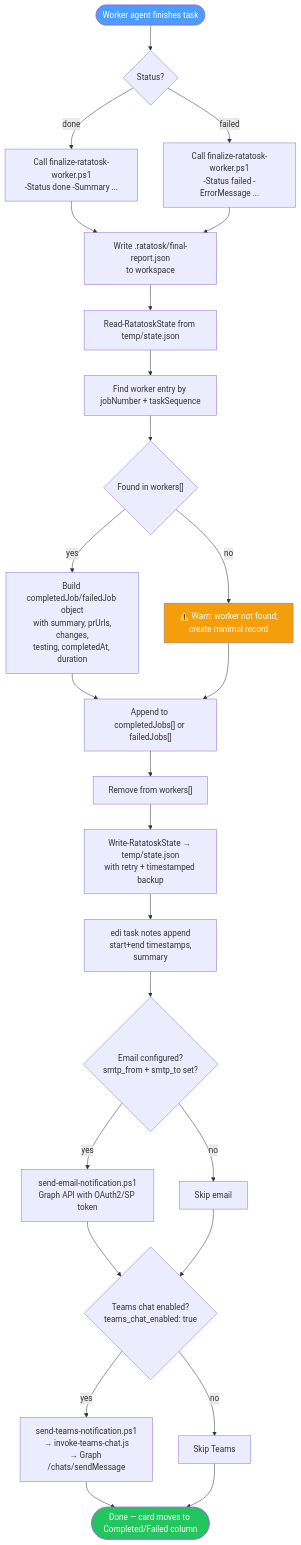
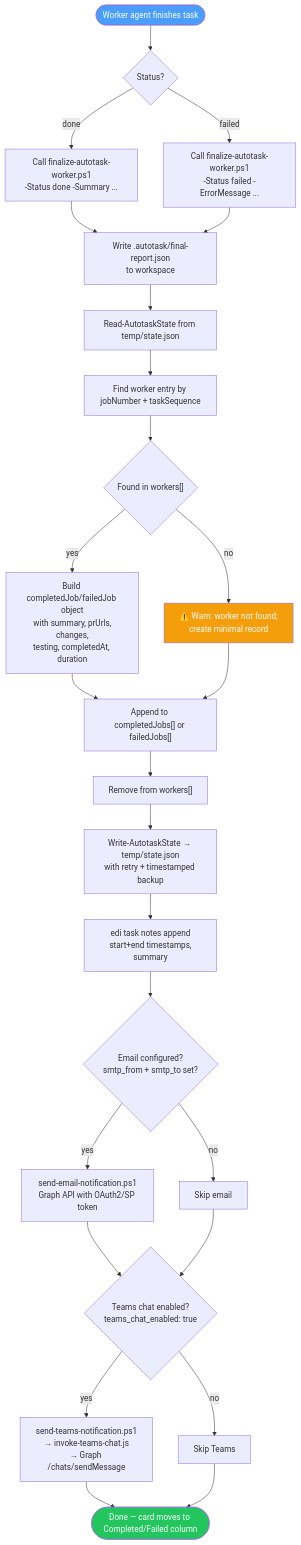
One commit to cat-hoang/ai-studio changed the fifth of 12 diagrams in docs/architecture-overview.md. Above: the diagram before and after it, drawn with Mermaid. The commit also changed other lines of this file and 68 other files, not shown here.

````diff
--- a/docs/architecture-overview.md
+++ b/docs/architecture-overview.md
@@ -304,31 +304,31 @@
 ```mermaid
 flowchart TD
     A([Worker agent finishes task]) --> B{Status?}
-    B -- done --> C[Call finalize-ratatosk-worker.ps1<br>-Status done -Summary ...]
-    B -- failed --> D[Call finalize-ratatosk-worker.ps1<br>-Status failed -ErrorMessage ...]
-    C --> E[Write .ratatosk/final-report.json<br>to workspace]
+    B -- done --> C[Call finalize-autotask-worker.ps1<br>-Status done -Summary ...]
+    B -- failed --> D[Call finalize-autotask-worker.ps1<br>-Status failed -ErrorMessage ...]
+    C --> E[Write .autotask/final-report.json<br>to workspace]
     D --> E
-    E --> F[Read-RatatoskState from temp/state.json]
+    E --> F[Read-AutotaskState from temp/state.json]
     F --> G[Find worker entry by jobNumber + taskSequence]
     G --> H{"Found in workers[]"}
     H -- yes --> I[Build completedJob/failedJob object<br> with summary, prUrls, changes,<br>testing, completedAt, duration]
     H -- no --> J[⚠️ Warn: worker not found;<br>create minimal record]
     I --> K["Append to completedJobs[] or failedJobs[]"]
     J --> K
     K --> L["Remove from workers[]"]
-    L --> M[Write-RatatoskState → temp/state.json<br>with retry + timestamped backup]
+    L --> M[Write-AutotaskState → temp/state.json<br>with retry + timestamped backup]
     M --> N[edi task notes append<br> start+end timestamps, summary]
     N --> O{Email configured?<br>smtp_from + smtp_to set?}
     O -- yes --> P[send-email-notification.ps1<br>Graph API with OAuth2/SP token]
     O -- no --> Q[Skip email]
     P --> R{Teams chat enabled?<br>teams_chat_enabled: true}
     Q --> R
     R -- yes --> S[send-teams-notification.ps1<br>→ invoke-teams-chat.js<br>→ Graph /chats/sendMessage]
     R -- no --> T[Skip Teams]
     S --> U([Done — card moves to Completed/Failed column])
     T --> U
 
     style A fill:#4a9eff,color:#fff
     style U fill:#22c55e,color:#fff
     style J fill:#f59e0b,color:#fff
 ```
````
